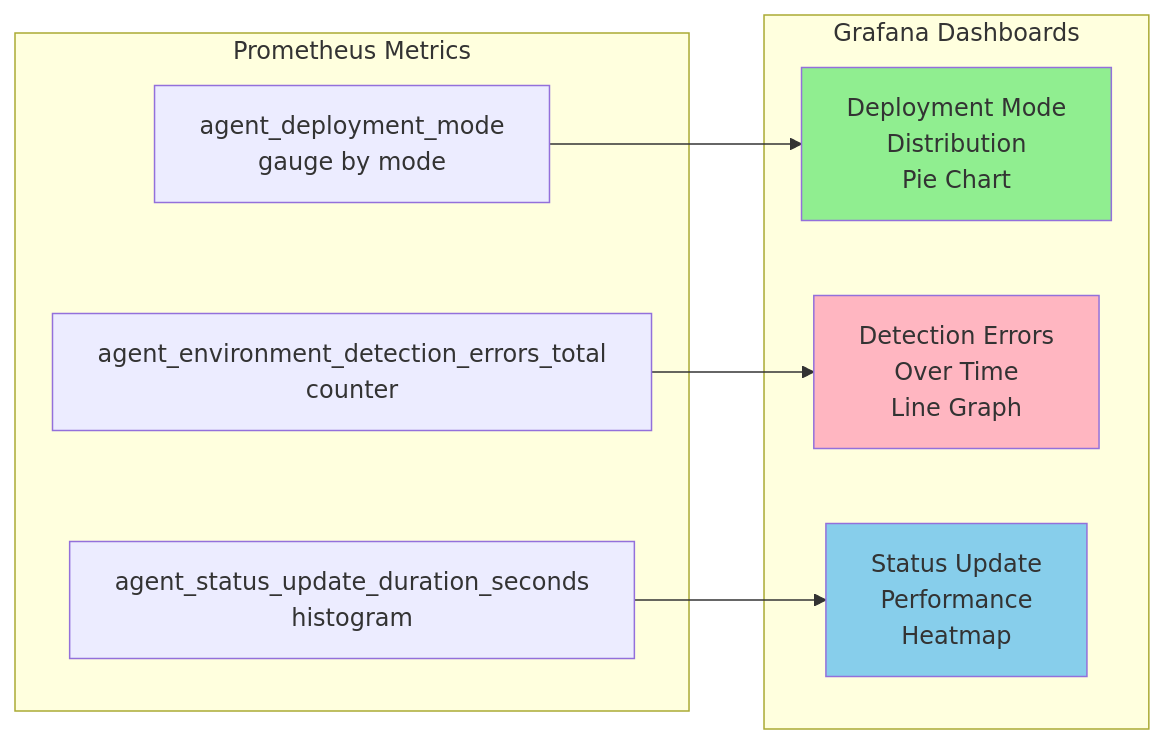
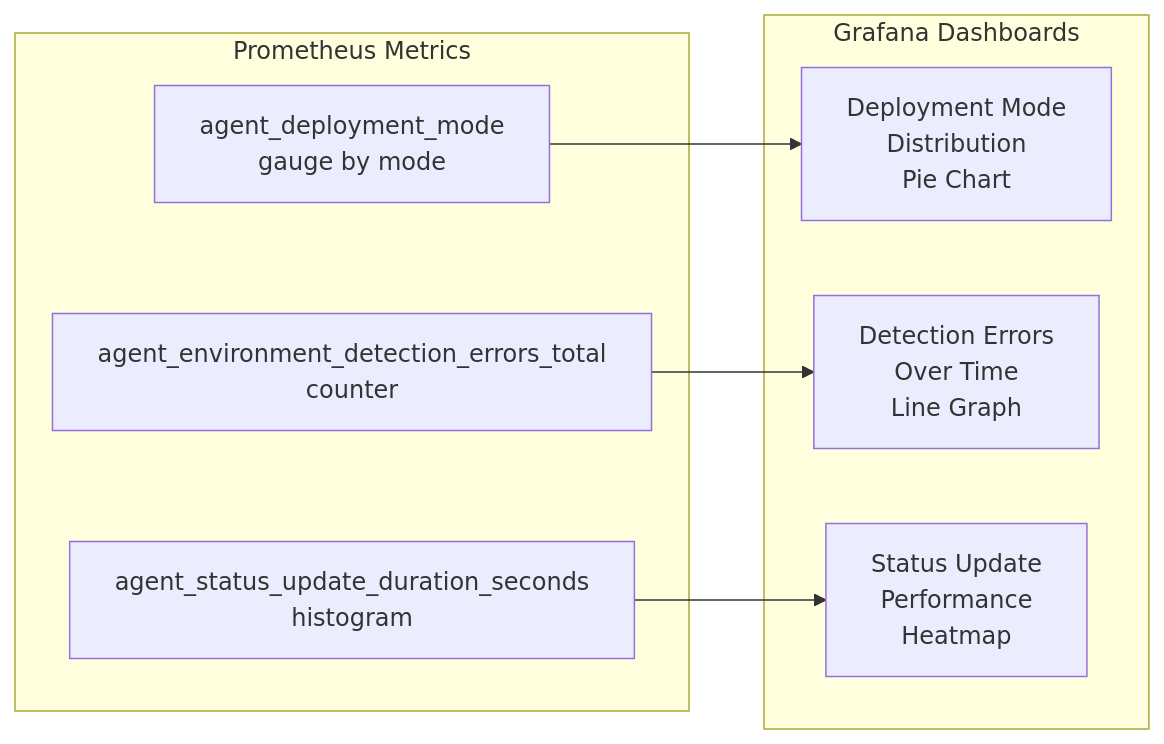
The sixth of 7 diagrams in specs/EDM-1471/plan.md (adalton/flightctl), drawn with Mermaid before and after one commit. The commit also changed other lines of this file and 1 other file, not shown here.

````diff
--- a/specs/EDM-1471/plan.md
+++ b/specs/EDM-1471/plan.md
@@ -790,22 +787,18 @@
 ```mermaid
 graph LR
     subgraph "Prometheus Metrics"
         M1[agent_deployment_mode<br/>gauge by mode]
         M2[agent_environment_detection_errors_total<br/>counter]
         M3[agent_status_update_duration_seconds<br/>histogram]
     end
 
     subgraph "Grafana Dashboards"
         D1[Deployment Mode<br/>Distribution<br/>Pie Chart]
         D2[Detection Errors<br/>Over Time<br/>Line Graph]
         D3[Status Update<br/>Performance<br/>Heatmap]
     end
 
     M1 --> D1
     M2 --> D2
     M3 --> D3
-
-    style D1 fill:#90EE90
-    style D2 fill:#FFB6C1
-    style D3 fill:#87CEEB
 ```
````
